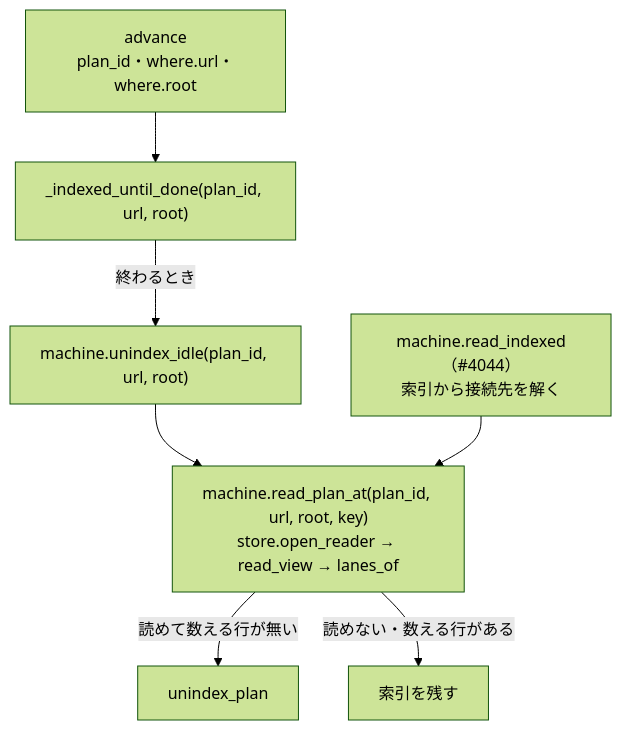
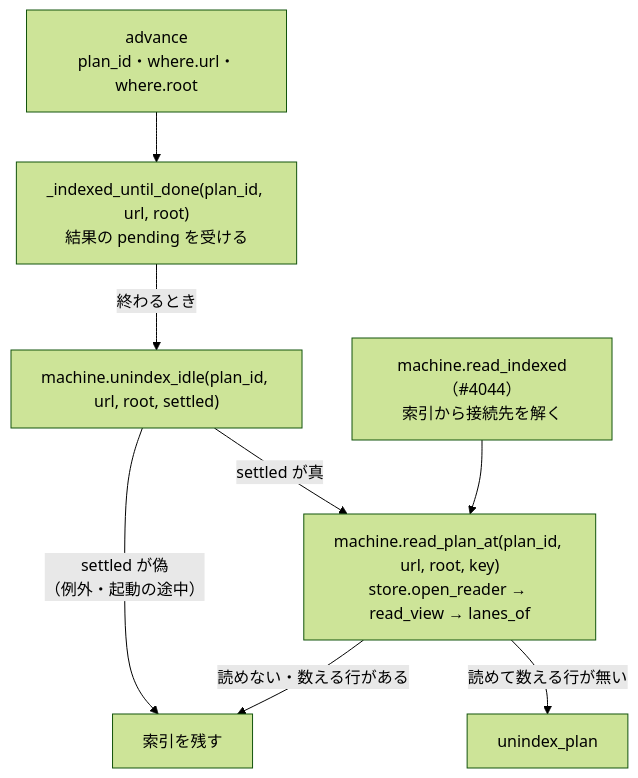
One commit to devbasex/ai-plugins changed the second of 2 diagrams in issues/issue-4092-design.md. Above: the diagram before and after it, drawn with Mermaid (forest theme). The commit also changed other lines of this file and 1 other file, not shown here.

````diff
--- a/issues/issue-4092-design.md
+++ b/issues/issue-4092-design.md
@@ -40,9 +40,10 @@
 ```mermaid
 graph TD
-  A["advance<br>plan_id・where.url・where.root"] --> D["_indexed_until_done(plan_id, url, root)"]
-  D -->|"終わるとき"| U["machine.unindex_idle(plan_id, url, root)"]
-  U --> P["machine.read_plan_at(plan_id, url, root, key)<br>store.open_reader → read_view → lanes_of"]
+  A["advance<br>plan_id・where.url・where.root"] --> D["_indexed_until_done(plan_id, url, root)<br>結果の pending を受ける"]
+  D -->|"終わるとき"| U["machine.unindex_idle(plan_id, url, root, settled)"]
+  U -->|"settled が偽<br>（例外・起動の途中）"| K
+  U -->|"settled が真"| P["machine.read_plan_at(plan_id, url, root, key)<br>store.open_reader → read_view → lanes_of"]
   I["machine.read_indexed（#4044）<br>索引から接続先を解く"] --> P
   P -->|"読めて数える行が無い"| X["unindex_plan"]
   P -->|"読めない・数える行がある"| K["索引を残す"]
 ```
````
